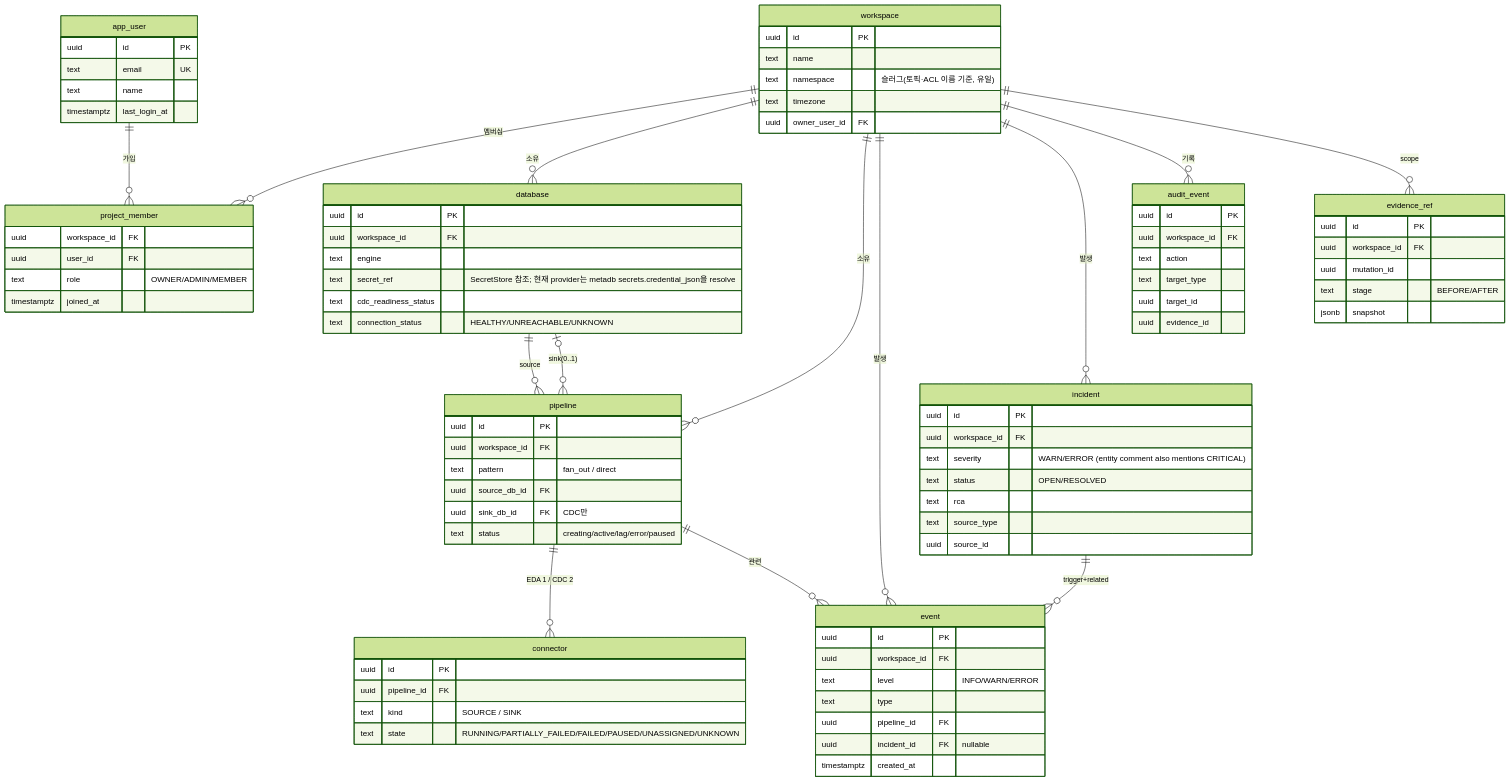
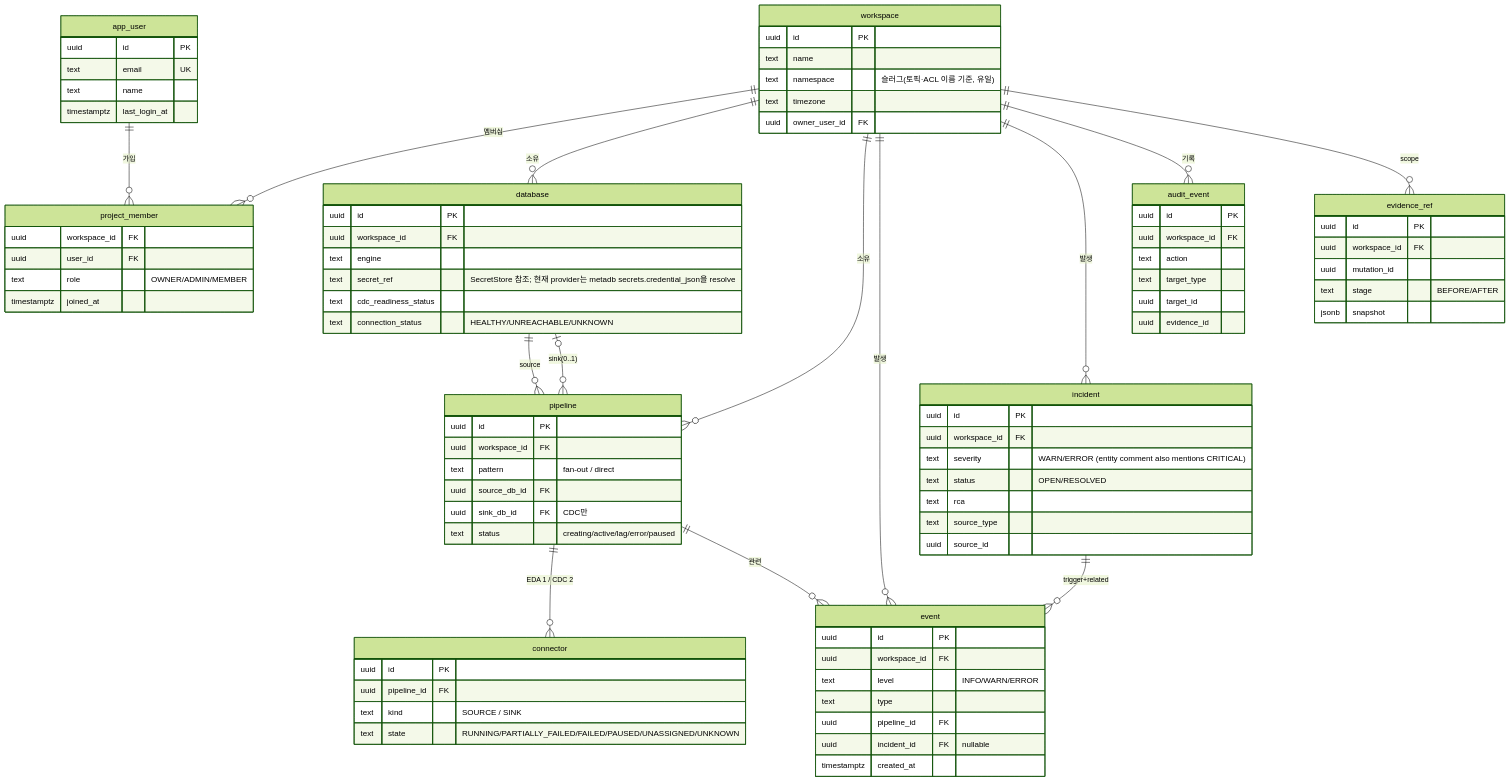
Before and after one commit to cloud-team2/bifrost: the diagram in docs/design/backend-springboot/data-model.md, drawn with Mermaid (forest theme). The commit also changed other lines of this file and 13 other files, not shown here.

```diff
--- a/docs/design/backend-springboot/data-model.md
+++ b/docs/design/backend-springboot/data-model.md
@@ -60,7 +60,7 @@
     pipeline {
         uuid id PK
         uuid workspace_id FK
-        text pattern "fan_out / direct"
+        text pattern "fan-out / direct"
         uuid source_db_id FK
         uuid sink_db_id FK "CDC만"
         text status "creating/active/lag/error/paused"
```
